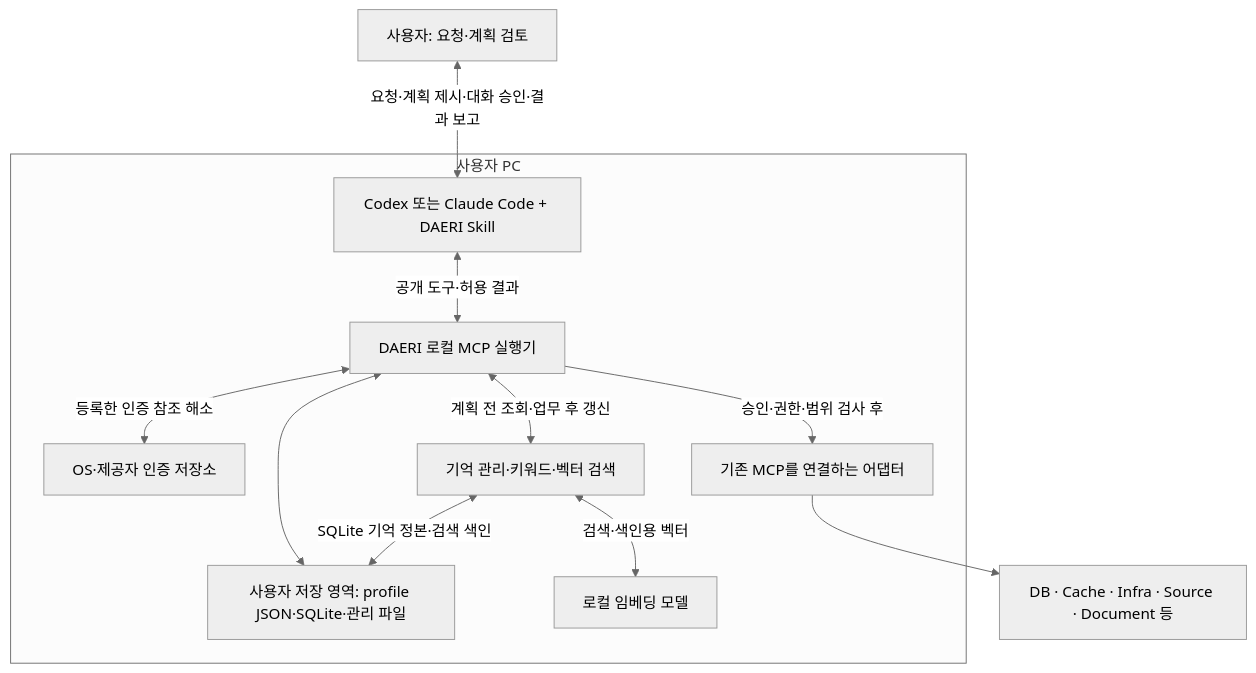
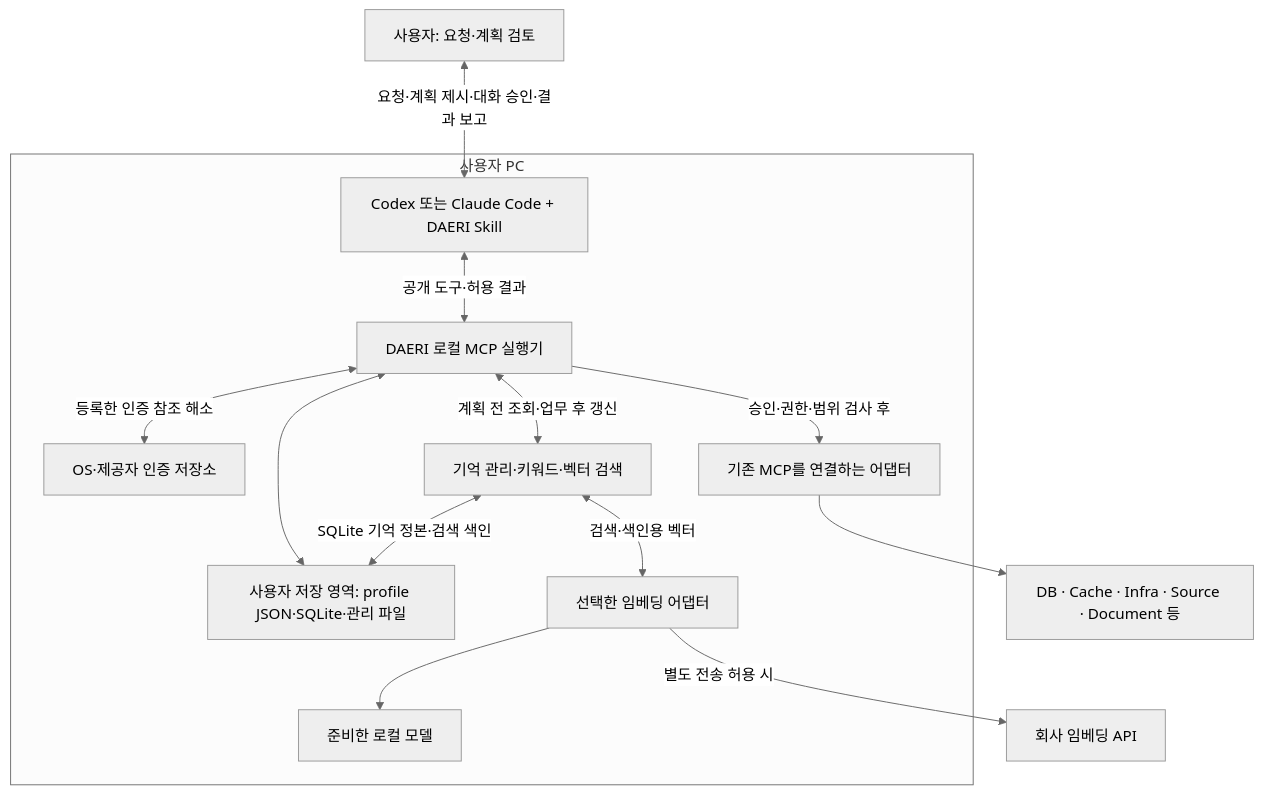
The diagram in docs/architecture/overview.md (VVoodyHong/DAERI), drawn with Mermaid (neutral theme) before and after one commit. The commit also changed other lines of this file and 32 other files, not shown here.

````diff
--- a/docs/architecture/overview.md
+++ b/docs/architecture/overview.md
@@ -15,22 +15,25 @@
 ```mermaid
 flowchart TB
     U[사용자: 요청·계획 검토]
     subgraph PC[사용자 PC]
         H[Codex 또는 Claude Code + DAERI Skill]
         D[DAERI 로컬 MCP 실행기]
         S[사용자 저장 영역: profile JSON·SQLite·관리 파일]
         C[OS·제공자 인증 저장소]
         M[기억 관리·키워드·벡터 검색]
-        E[로컬 임베딩 모델]
+        E[선택한 임베딩 어댑터]
+        L[준비한 로컬 모델]
         A[기존 MCP를 연결하는 어댑터]
         H <-->|공개 도구·허용 결과| D
         D <--> S
         D <-->|등록한 인증 참조 해소| C
         D <-->|계획 전 조회·업무 후 갱신| M
         M <-->|SQLite 기억 정본·검색 색인| S
         M <-->|검색·색인용 벡터| E
+        E --> L
         D -->|승인·권한·범위 검사 후| A
     end
     U <-->|요청·계획 제시·대화 승인·결과 보고| H
     A --> R[DB · Cache · Infra · Source · Document 등]
+    E -->|별도 전송 허용 시| API[회사 임베딩 API]
 ```
````
